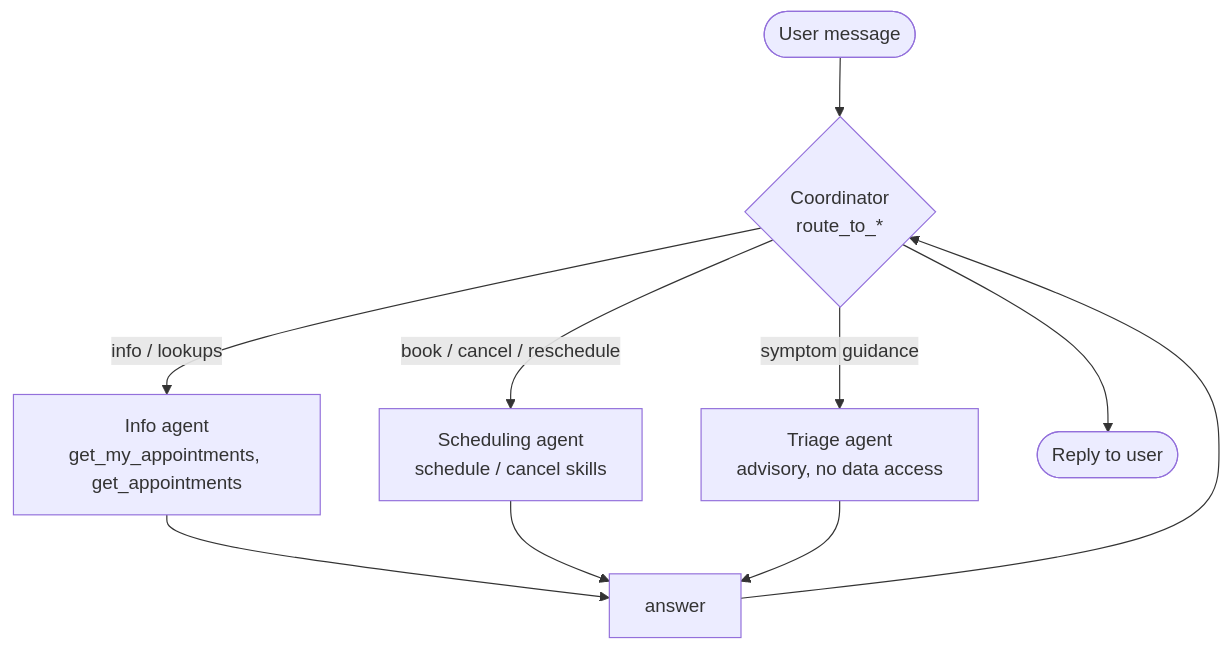
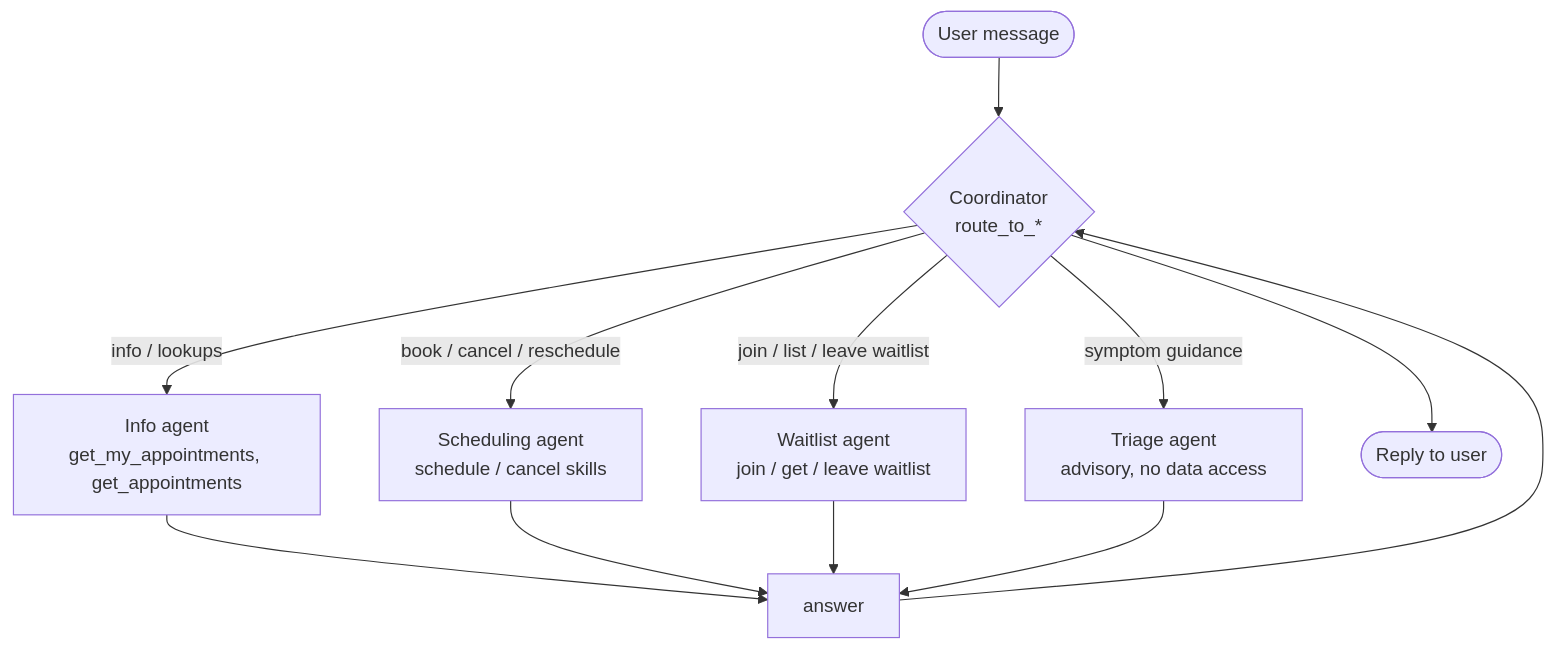
Before and after one commit to Bradly187/clinic-scheduler: the second of 3 diagrams in README.md, drawn with Mermaid. The commit also changed other lines of this file and 7 other files, not shown here.

First line of the commit message:
feat: add Waitlist specialist agent and waitlist skills

````diff
--- a/README.md
+++ b/README.md
@@ -59,12 +59,14 @@
 ```mermaid
 flowchart TD
     U([User message]) --> C{Coordinator<br/>route_to_*}
     C -->|info / lookups| Info[Info agent<br/>get_my_appointments, get_appointments]
     C -->|book / cancel / reschedule| Sched[Scheduling agent<br/>schedule / cancel skills]
+    C -->|join / list / leave waitlist| Wait[Waitlist agent<br/>join / get / leave waitlist]
     C -->|symptom guidance| Triage[Triage agent<br/>advisory, no data access]
     Info --> R[answer]
     Sched --> R
+    Wait --> R
     Triage --> R
     R --> C
     C --> Out([Reply to user])
 ```
````
